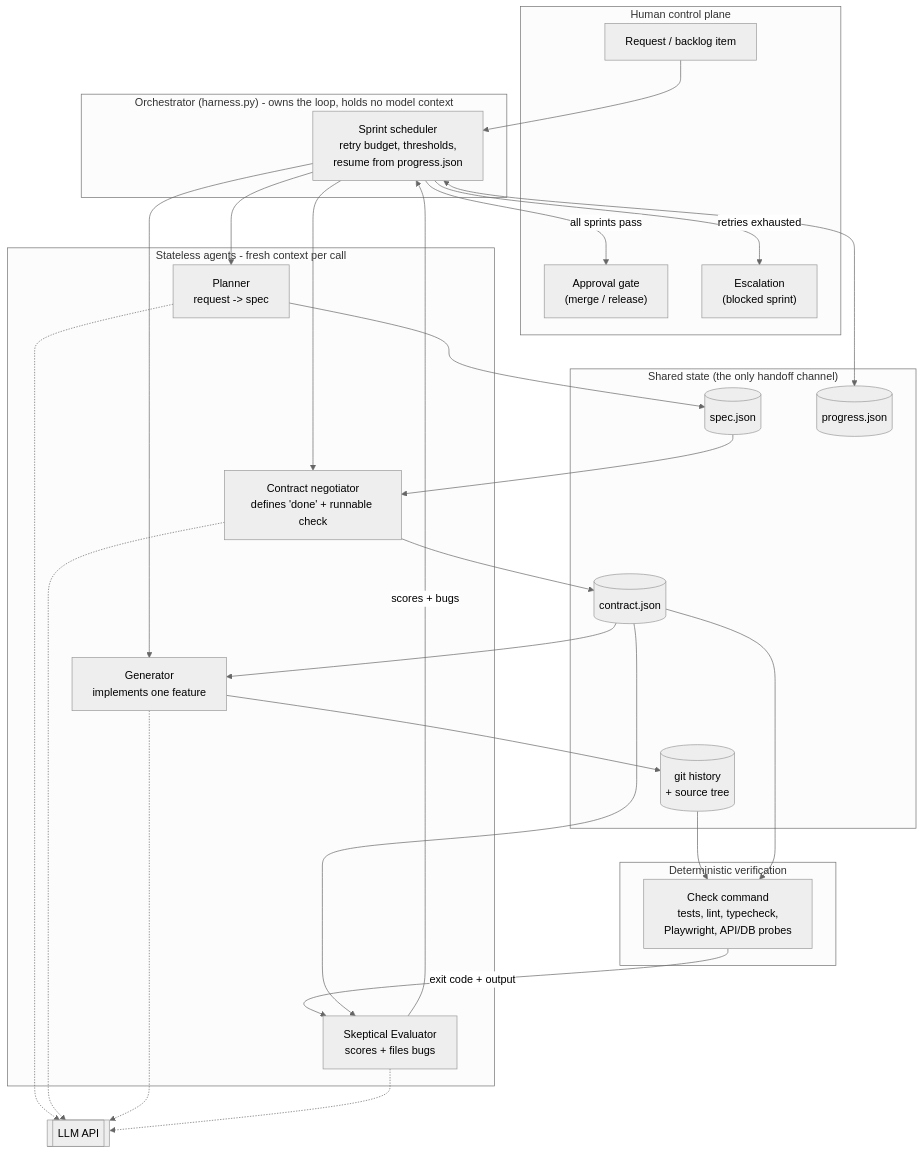
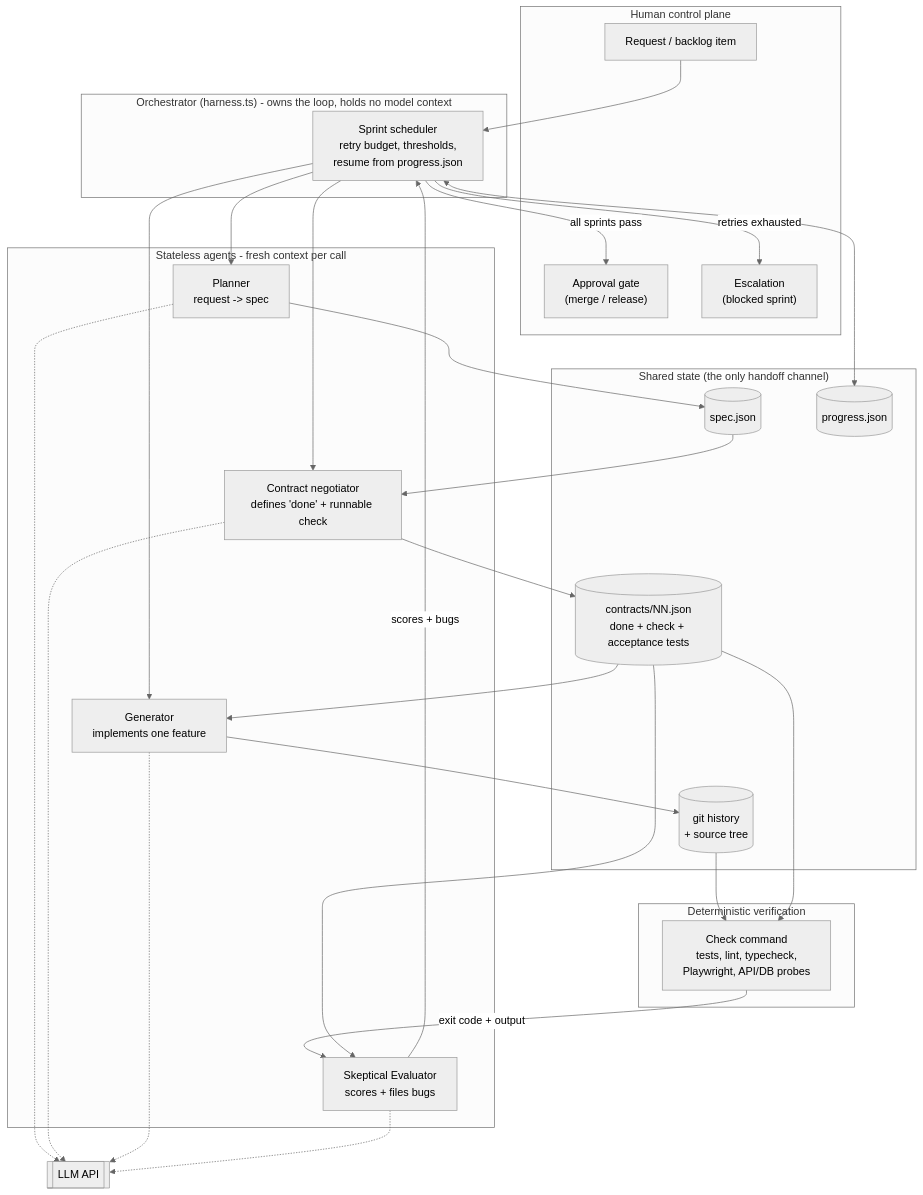
Before and after one commit to anandnarayanan2017/ai-assisted-sdlc: the first of 9 diagrams in docs/architecture.md, drawn with Mermaid (neutral theme). The commit also changed other lines of this file and 60 other files, not shown here.

````diff
--- a/docs/architecture.md
+++ b/docs/architecture.md
@@ -9,48 +9,48 @@
 ```mermaid
 flowchart TB
     subgraph Human["Human control plane"]
         REQ["Request / backlog item"]
         GATE["Approval gate<br/>(merge / release)"]
         ESC["Escalation<br/>(blocked sprint)"]
     end
 
-    subgraph Orchestrator["Orchestrator (harness.py) - owns the loop, holds no model context"]
+    subgraph Orchestrator["Orchestrator (harness.ts) - owns the loop, holds no model context"]
         ORCH["Sprint scheduler<br/>retry budget, thresholds,<br/>resume from progress.json"]
     end
 
     subgraph Agents["Stateless agents - fresh context per call"]
         PLAN["Planner<br/>request -> spec"]
         CTR["Contract negotiator<br/>defines 'done' + runnable check"]
         GEN["Generator<br/>implements one feature"]
         EVAL["Skeptical Evaluator<br/>scores + files bugs"]
     end
 
     subgraph Verify["Deterministic verification"]
         CHK["Check command<br/>tests, lint, typecheck,<br/>Playwright, API/DB probes"]
     end
 
     subgraph State["Shared state (the only handoff channel)"]
         SPEC[("spec.json")]
-        CON[("contract.json")]
+        CON[("contracts/NN.json<br/>done + check + acceptance tests")]
         PROG[("progress.json")]
         GIT[("git history<br/>+ source tree")]
     end
 
     LLM[["LLM API"]]
 
     REQ --> ORCH
     ORCH --> PLAN --> SPEC
     ORCH --> CTR
     SPEC --> CTR --> CON
     ORCH --> GEN
     CON --> GEN --> GIT
     GIT --> CHK
     CON --> CHK
     CHK -- "exit code + output" --> EVAL
     CON --> EVAL
     EVAL -- "scores + bugs" --> ORCH
     ORCH <--> PROG
     ORCH -- "all sprints pass" --> GATE
     ORCH -- "retries exhausted" --> ESC
     PLAN & CTR & GEN & EVAL -.-> LLM
 ```
````
